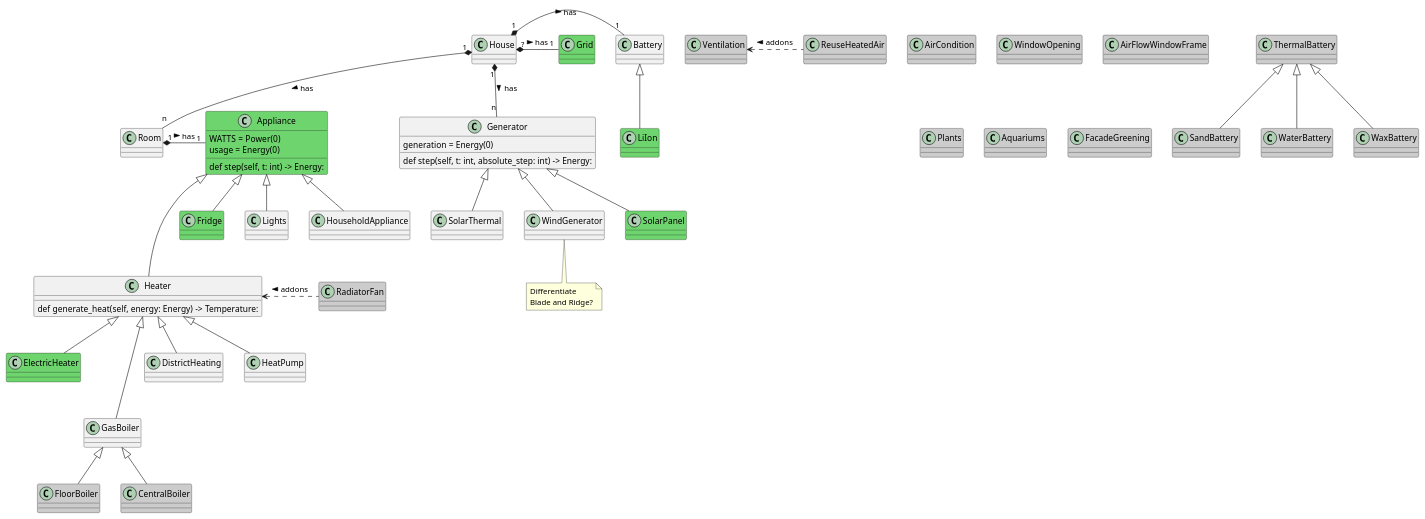
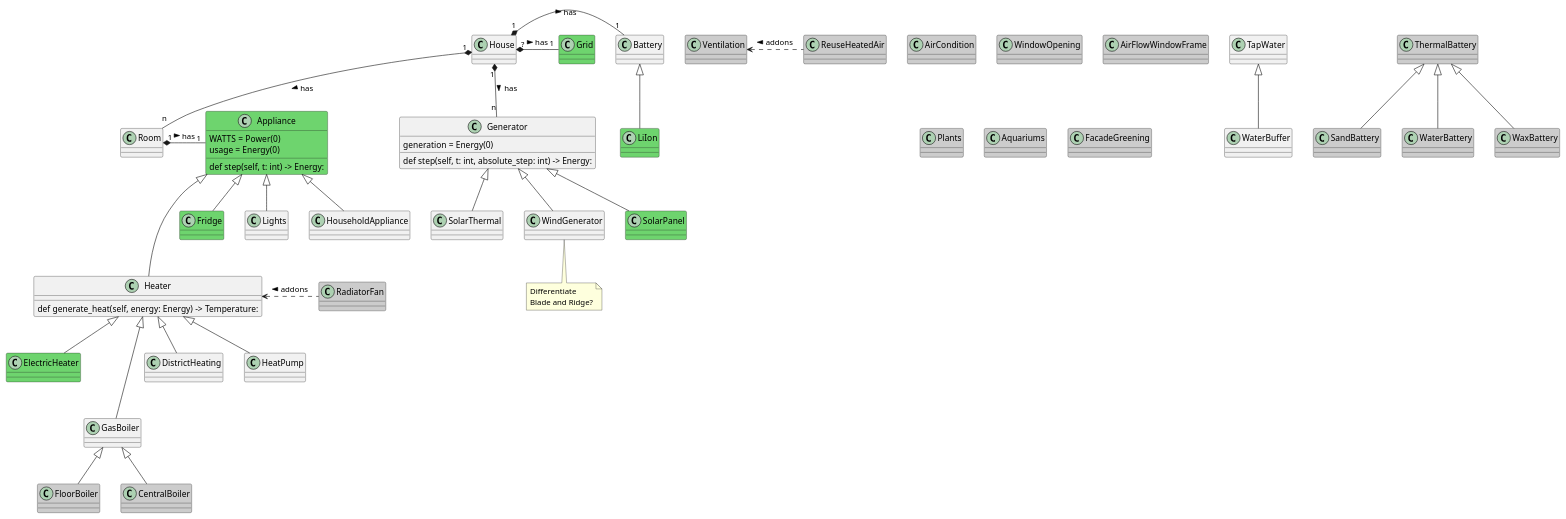
One commit to wicket1001/the-cube changed the diagram in backend/res/Components.puml. Above: the diagram before and after it, drawn with PlantUML.

Commit message:
Added more classes to fit Simulation needs.

```diff
--- a/backend/res/Components.puml
+++ b/backend/res/Components.puml
@@ -1,80 +1,85 @@
 @startuml
+
+class TapWater
+class WaterBuffer
+TapWater <|-- WaterBuffer
+
 class Room
 class Heater
 class Grid #6ED46E
 
 class Battery
 class LiIon #6ED46E
 Battery <|-- LiIon
 
 House "1" *- "1" Battery : has >
 House "?" *- "1" Grid : has >
 House "1" *-- "n" Generator : has >
 
 House "1" *-- "n" Room : has >
 Room "1" *- "1" Appliance : has >
 
 class Appliance #6ED46E {
 {field} WATTS = Power(0)
 {field} usage = Energy(0)
 {method} def step(self, t: int) -> Energy:
 }
 class Fridge #6ED46E
 Appliance <|-- Lights
 Appliance <|-- Fridge
 Appliance <|-- HouseholdAppliance
 
 Appliance <|--- Heater
 
 class Heater {
 def generate_heat(self, energy: Energy) -> Temperature:
 }
 class ElectricHeater #6ED46E
 class GasBoiler
 class FloorBoiler #CCCCCC
 class CentralBoiler #CCCCCC
 class DistrictHeating
 class HeatPump
 Heater <|-- ElectricHeater
 Heater <|--- GasBoiler
 GasBoiler <|-- FloorBoiler
 GasBoiler <|-- CentralBoiler
 Heater <|-- DistrictHeating
 Heater <|-- HeatPump
 
 class Generator {
 {field} generation = Energy(0)
 def step(self, t: int, absolute_step: int) -> Energy:
 }
 class SolarPanel #6ED46E
 class SolarThermal
 class WindGenerator
 Generator <|-- SolarPanel
 Generator <|-- SolarThermal
 Generator <|-- WindGenerator
 
 note bottom of WindGenerator
 Differentiate
 Blade and Ridge?
 end note
 
 class ThermalBattery #CCCCCC
 class SandBattery #CCCCCC
 class WaterBattery #CCCCCC
 class WaxBattery #CCCCCC
 ThermalBattery <|-- SandBattery
 ThermalBattery <|-- WaterBattery
 ThermalBattery <|-- WaxBattery
 
 class RadiatorFan #CCCCCC
 Heater <. RadiatorFan : addons <
 class AirCondition #CCCCCC
 class Ventilation #CCCCCC
 class WindowOpening #CCCCCC
 class AirFlowWindowFrame #CCCCCC
 class Plants #CCCCCC
 class Aquariums #CCCCCC
 class FacadeGreening #CCCCCC
 class ReuseHeatedAir #CCCCCC
 Ventilation <. ReuseHeatedAir : addons <
 @enduml
```
